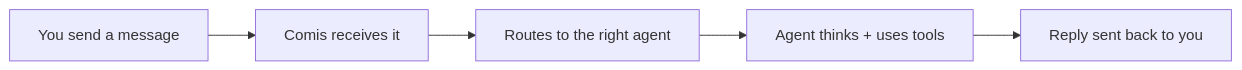
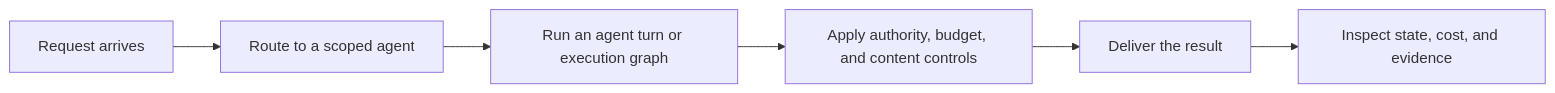
One commit to comisai/comis changed the diagram in docs/get-started/how-it-works.mdx. Above: the diagram before and after it, drawn with Mermaid. The commit also changed other lines of this file and 134 other files, not shown here.

````diff
--- a/docs/get-started/how-it-works.mdx
+++ b/docs/get-started/how-it-works.mdx
@@ -20,7 +17,8 @@
 ```mermaid
 flowchart LR
-    A["You send a message"] --> B["Comis receives it"]
-    B --> C["Routes to the right agent"]
-    C --> D["Agent thinks + uses tools"]
-    D --> E["Reply sent back to you"]
+    A["Request arrives"] --> B["Route to a scoped agent"]
+    B --> C["Run an agent turn or execution graph"]
+    C --> D["Apply authority, budget, and content controls"]
+    D --> E["Deliver the result"]
+    E --> F["Inspect state, cost, and evidence"]
 ```
````
